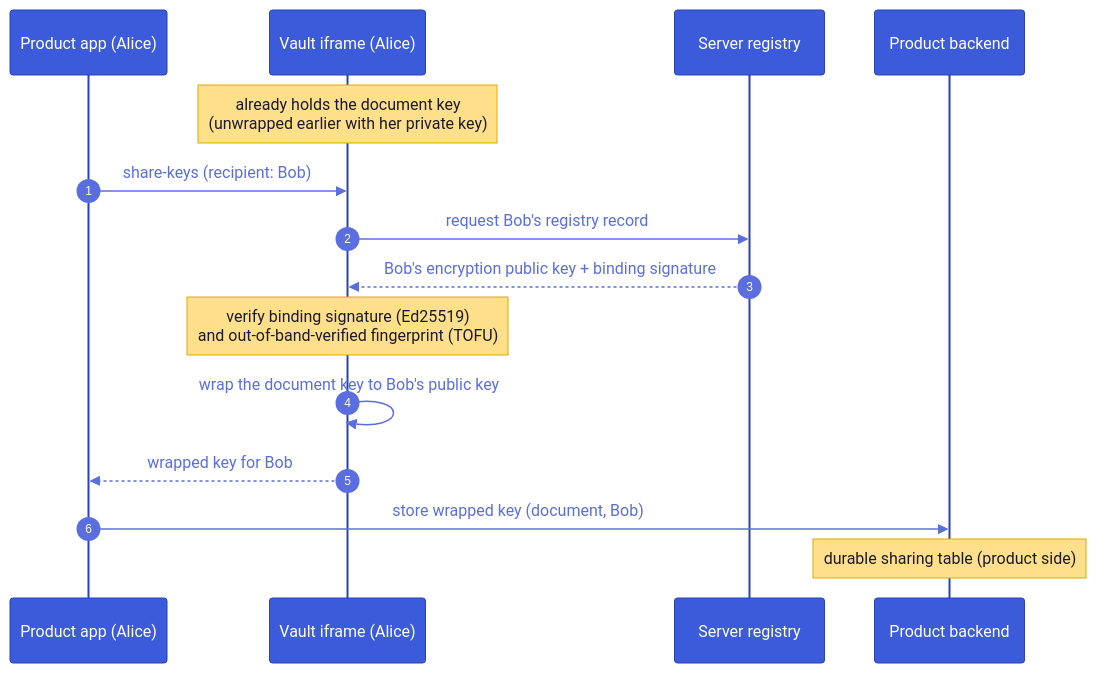
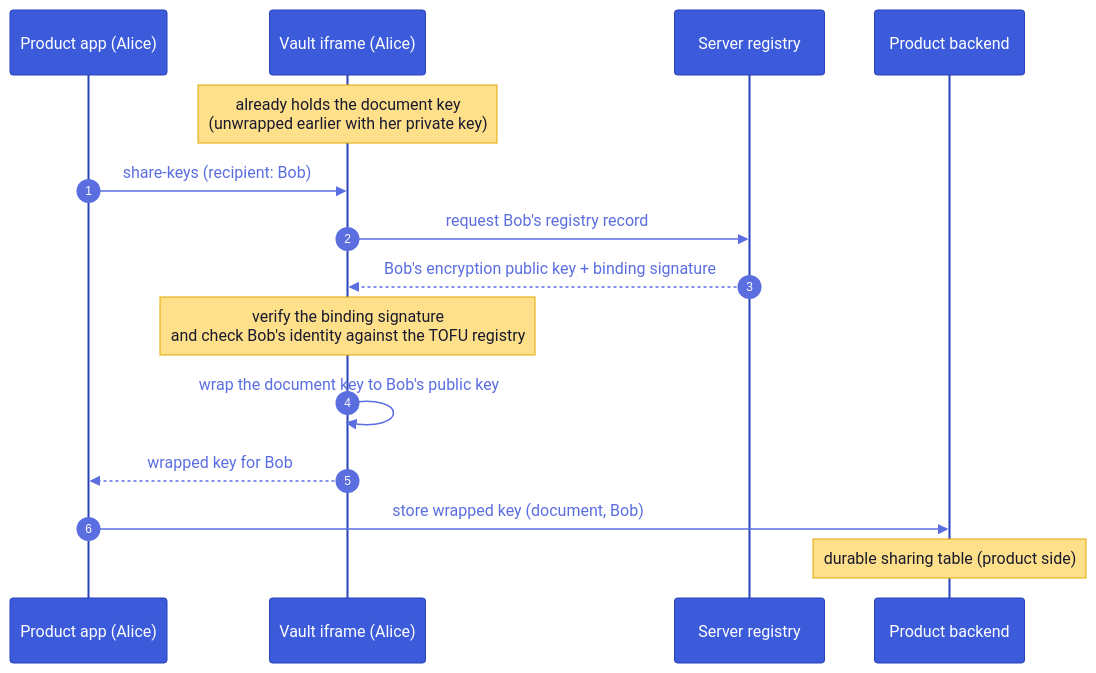
The fourth of 22 diagrams in architecture.md (suitenumerique/encryption), drawn with Mermaid before and after one commit. The commit also changed other lines of this file, not shown here.

````diff
--- a/architecture.md
+++ b/architecture.md
@@ -327,18 +630,18 @@
 ```mermaid
 %%{init: {'theme':'base','themeVariables':{'actorBkg':'#3b5bdb','actorTextColor':'#fff','actorBorder':'#2942b8','signalColor':'#5b6ee0','signalTextColor':'#5b6ee0','noteBkgColor':'#ffe08a','noteTextColor':'#1a1a2e','noteBorderColor':'#e0a800','sequenceNumberColor':'#fff'}}}%%
 sequenceDiagram
   autonumber
   participant PA as Product app (Alice)
   participant VA as Vault iframe (Alice)
   participant REG as Server registry
   participant PB as Product backend
   Note over VA: already holds the document key<br/>(unwrapped earlier with her private key)
   PA->>VA: share-keys (recipient: Bob)
   VA->>REG: request Bob's registry record
   REG-->>VA: Bob's encryption public key + binding signature
-  Note over VA: verify binding signature (Ed25519)<br/>and out-of-band-verified fingerprint (TOFU)
+  Note over VA: verify the binding signature<br/>and check Bob's identity against the TOFU registry
   VA->>VA: wrap the document key to Bob's public key
   VA-->>PA: wrapped key for Bob
   PA->>PB: store wrapped key (document, Bob)
   Note over PB: durable sharing table (product side)
 ```
````
